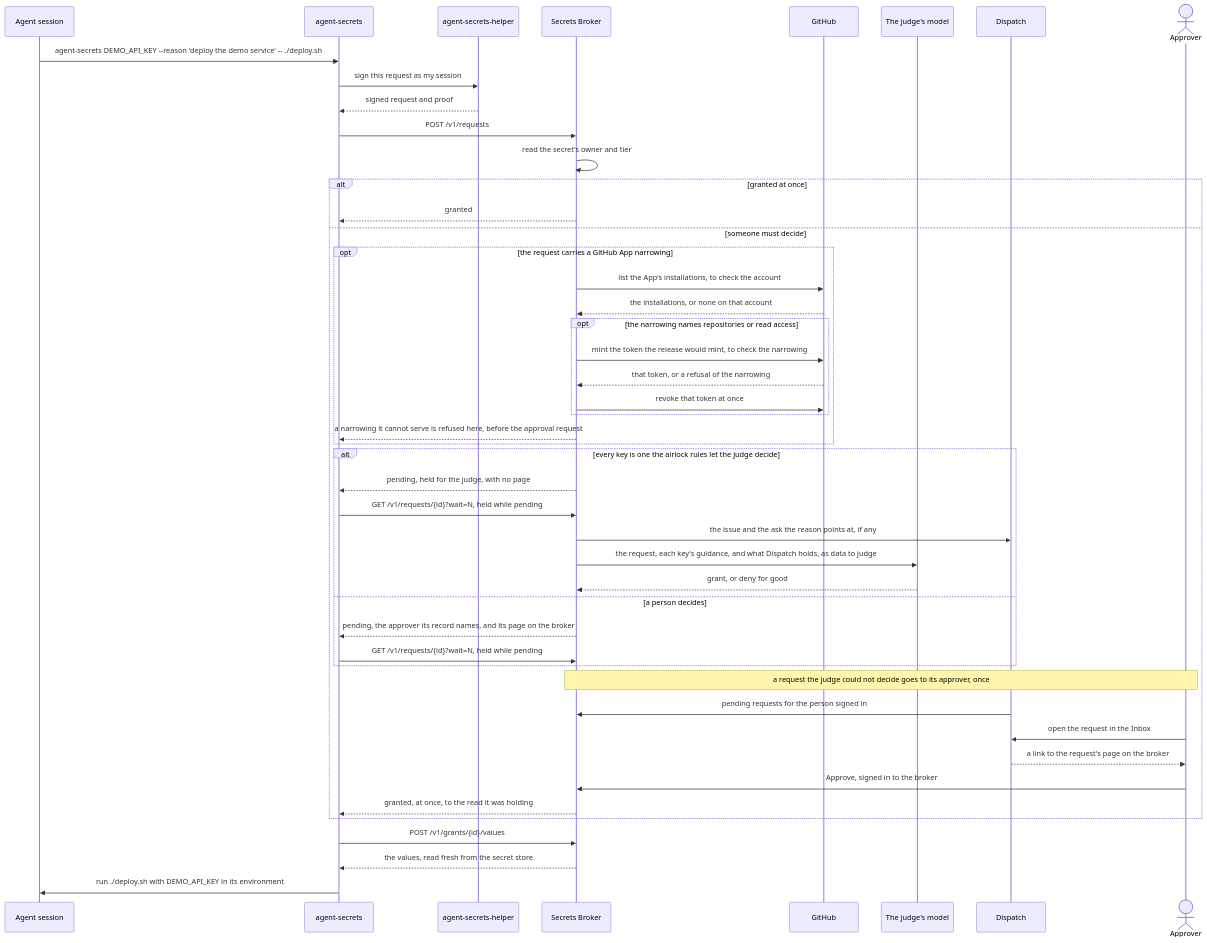
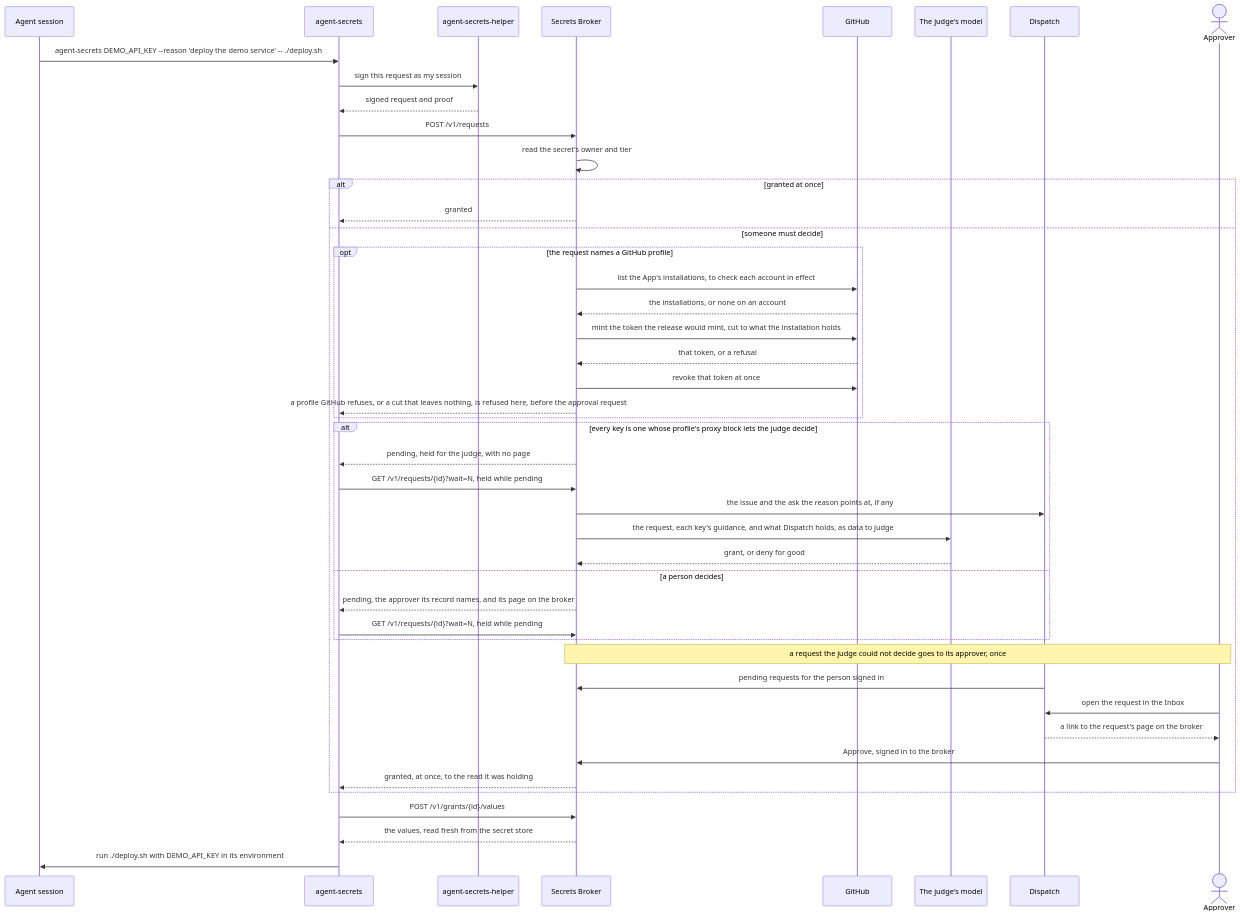
Before and after one commit to Liam-DeVoe/legion: the diagram in docs/site/src/content/docs/broker/index.md, drawn with Mermaid. The commit also changed other lines of this file and 4 other files, not shown here.

First line of the commit message:
docs(envoy): the judge's settings live in a profile's proxy block, and the index shows the profile check

````diff
--- a/docs/site/src/content/docs/broker/index.md
+++ b/docs/site/src/content/docs/broker/index.md
@@ -47,49 +47,47 @@
 ```mermaid
 sequenceDiagram
     participant Agent as Agent session
     participant CLI as agent-secrets
     participant Helper as agent-secrets-helper
     participant Broker as Secrets Broker
     participant GitHub
     participant Model as The judge's model
     participant Dispatch
     actor Person as Approver
     Agent->>CLI: agent-secrets DEMO_API_KEY --reason 'deploy the demo service' -- ./deploy.sh
     CLI->>Helper: sign this request as my session
     Helper-->>CLI: signed request and proof
     CLI->>Broker: POST /v1/requests
     Broker->>Broker: read the secret's owner and tier
     alt granted at once
         Broker-->>CLI: granted
     else someone must decide
-        opt the request carries a GitHub App narrowing
-            Broker->>GitHub: list the App's installations, to check the account
-            GitHub-->>Broker: the installations, or none on that account
-            opt the narrowing names repositories or read access
-                Broker->>GitHub: mint the token the release would mint, to check the narrowing
-                GitHub-->>Broker: that token, or a refusal of the narrowing
-                Broker->>GitHub: revoke that token at once
-            end
-            Broker-->>CLI: a narrowing it cannot serve is refused here, before the approval request
+        opt the request names a GitHub profile
+            Broker->>GitHub: list the App's installations, to check each account in effect
+            GitHub-->>Broker: the installations, or none on an account
+            Broker->>GitHub: mint the token the release would mint, cut to what the installation holds
+            GitHub-->>Broker: that token, or a refusal
+            Broker->>GitHub: revoke that token at once
+            Broker-->>CLI: a profile GitHub refuses, or a cut that leaves nothing, is refused here, before the approval request
         end
-        alt every key is one the airlock rules let the judge decide
+        alt every key is one whose profile's proxy block lets the judge decide
             Broker-->>CLI: pending, held for the judge, with no page
             CLI->>Broker: GET /v1/requests/{id}?wait=N, held while pending
             Broker->>Dispatch: the issue and the ask the reason points at, if any
             Broker->>Model: the request, each key's guidance, and what Dispatch holds, as data to judge
             Model-->>Broker: grant, or deny for good
         else a person decides
             Broker-->>CLI: pending, the approver its record names, and its page on the broker
             CLI->>Broker: GET /v1/requests/{id}?wait=N, held while pending
         end
         Note over Broker,Person: a request the judge could not decide goes to its approver, once
         Dispatch->>Broker: pending requests for the person signed in
         Person->>Dispatch: open the request in the Inbox
         Dispatch-->>Person: a link to the request's page on the broker
         Person->>Broker: Approve, signed in to the broker
         Broker-->>CLI: granted, at once, to the read it was holding
     end
     CLI->>Broker: POST /v1/grants/{id}/values
     Broker-->>CLI: the values, read fresh from the secret store
     CLI->>Agent: run ./deploy.sh with DEMO_API_KEY in its environment
 ```
````
